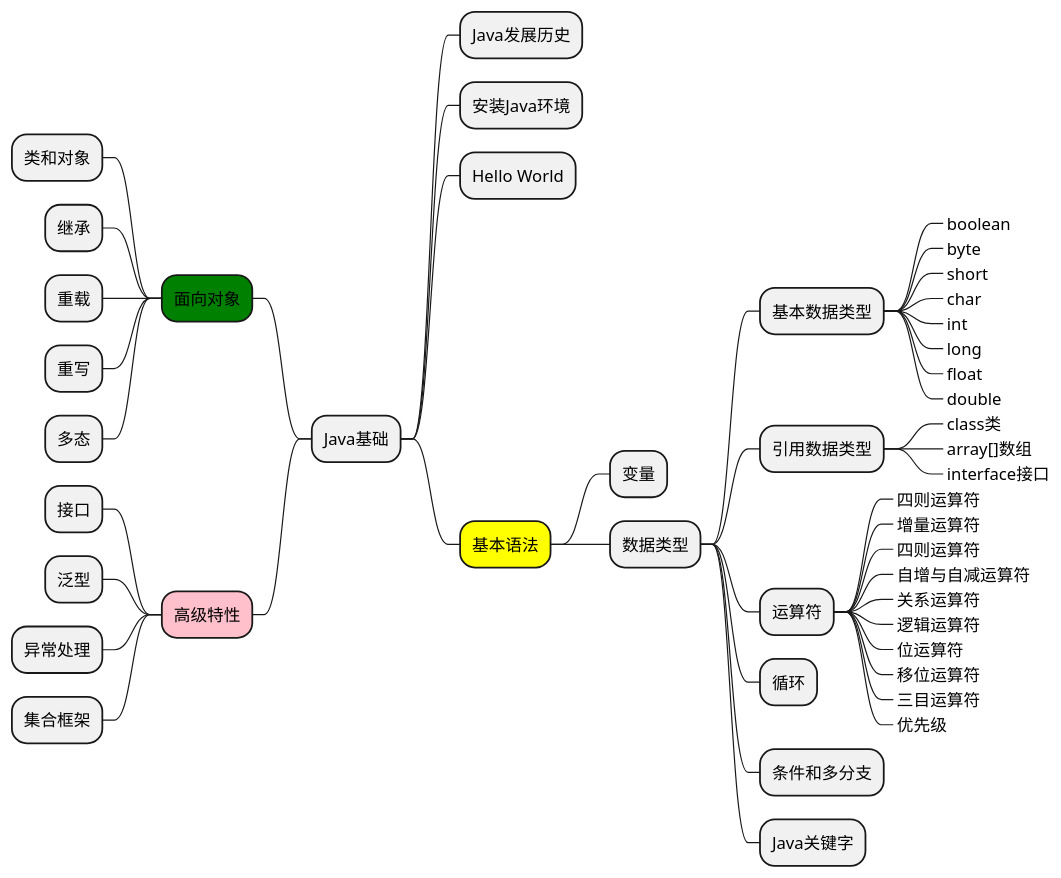
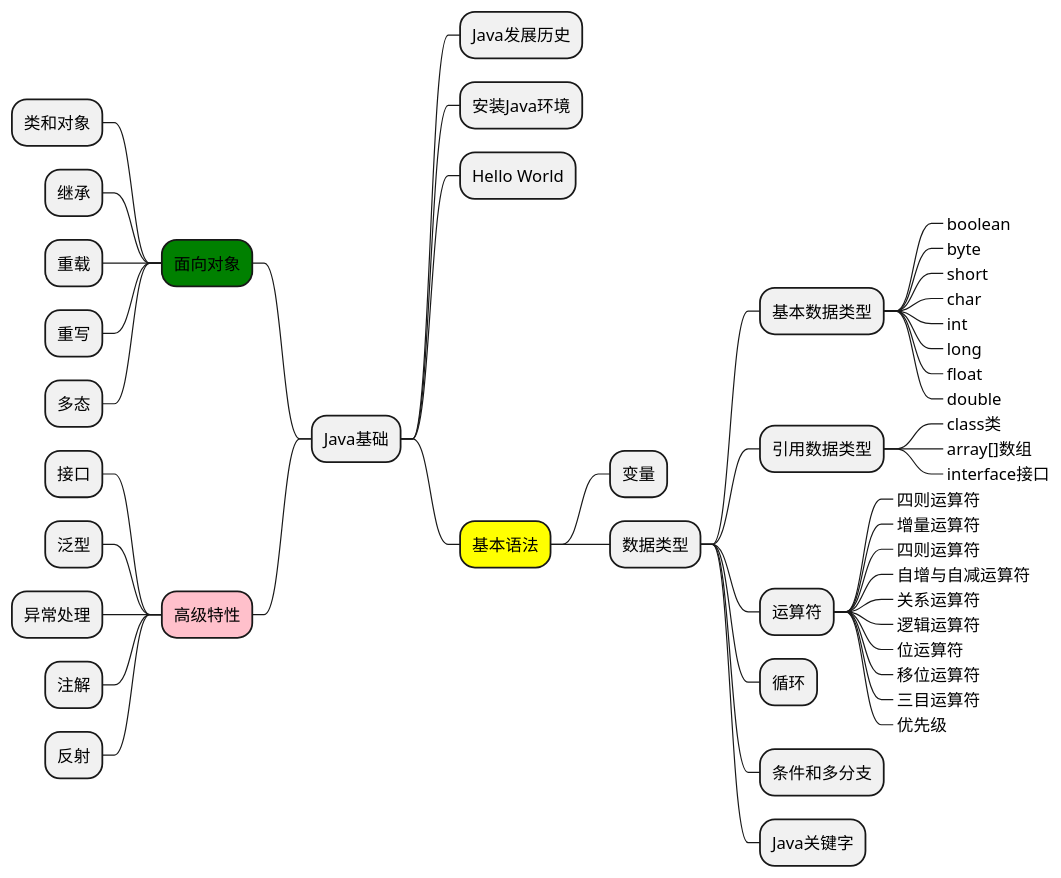
One commit to mg0324/s-java changed the diagram in java/base.md. Above: the diagram before and after it, drawn with PlantUML. The commit also changed other lines of this file and 6 other files, not shown here.

Commit message:
完善jvm和juc的知识大纲图

````diff
--- a/java/base.md
+++ b/java/base.md
@@ -4,49 +6,50 @@
 ```plantuml
 @startmindmap
 * Java基础
 ** Java发展历史
 ** 安装Java环境
 ** Hello World
 **[#yellow] 基本语法
 *** 变量
 *** 数据类型
 **** 基本数据类型
 *****_ boolean
 *****_ byte
 *****_ short
 *****_ char
 *****_ int
 *****_ long
 *****_ float
 *****_ double
 **** 引用数据类型
 *****_ class类
 *****_ array[]数组
 *****_ interface接口
 **** 运算符
 *****_ 四则运算符
 *****_ 增量运算符
 *****_ 四则运算符
 *****_ 自增与自减运算符
 *****_ 关系运算符
 *****_ 逻辑运算符
 *****_ 位运算符
 *****_ 移位运算符
 *****_ 三目运算符
 *****_ 优先级
 **** 循环
 **** 条件和多分支
 **** Java关键字
 --[#green] 面向对象
 --- 类和对象
 --- 继承
 --- 重载
 --- 重写
 --- 多态
 --[#pink] 高级特性
 --- 接口
 --- 泛型
 --- 异常处理
---- 集合框架
+--- 注解
+--- 反射
 @endmindmap
 ```
````
